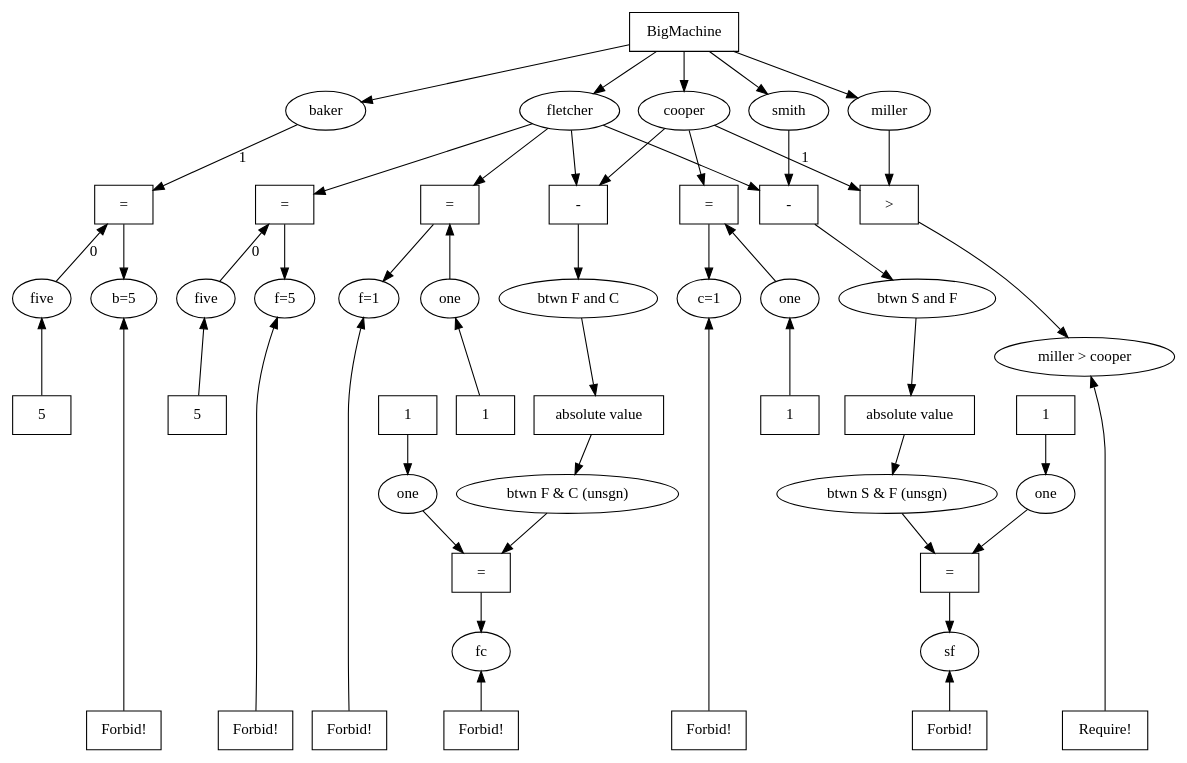
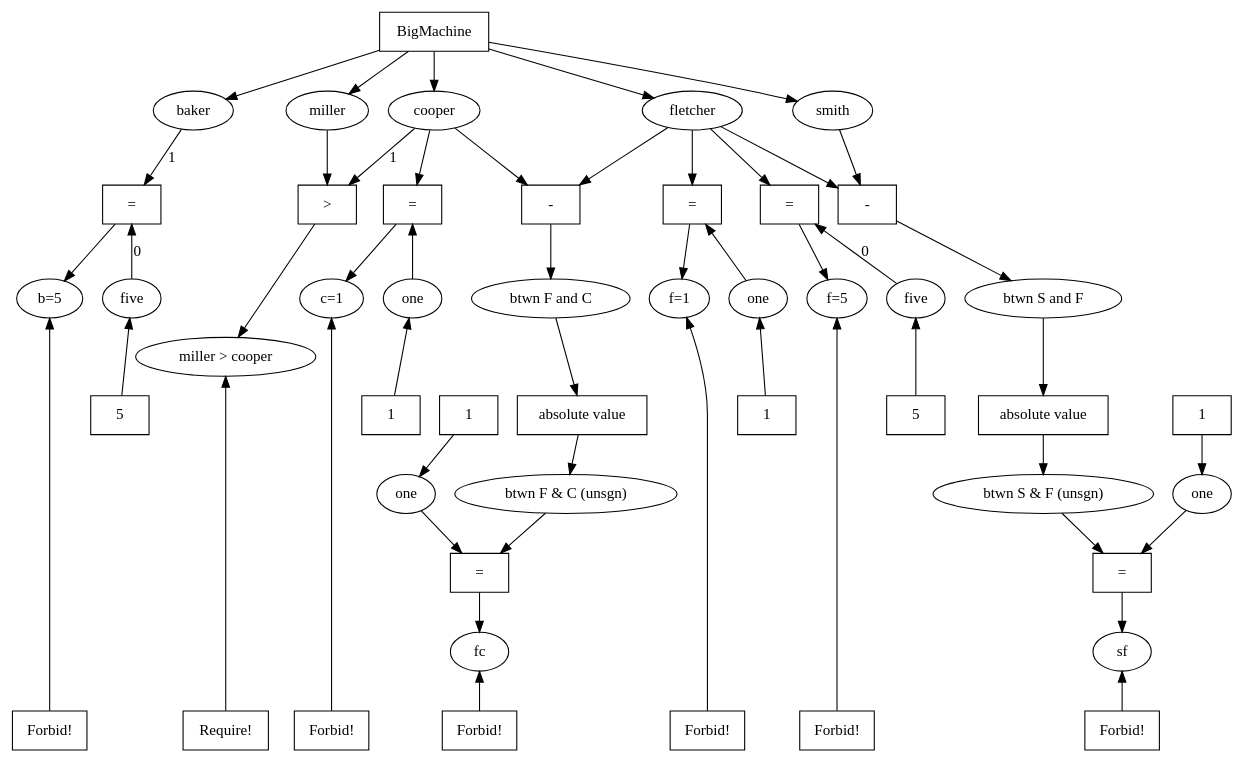
One commit to ProjectMAC/propagators changed the diagram in explorations/graphics/mdonemachine.dot. Above: the diagram before and after it, drawn with Graphviz.

Commit message:
put miller in a different place and got a rather nice graph

```diff
--- a/explorations/graphics/mdonemachine.dot
+++ b/explorations/graphics/mdonemachine.dot
@@ -1,113 +1,117 @@
 digraph G {
   ratio=fill;
   "(variable) 11" [label="baker", shape="ellipse", rank="people" ];
+  "(variable) 19" -> "(propagator) 18" [label="" ];
+  "(variable) 19" [label="miller", shape="ellipse", rank="people" ];
   "(propagator) 12" [label="=", shape="box" ];
-   { rank=same; "(propagator) 12"; "(propagator) 14"; "(propagator) 18"; "(propagator) 34"; "(propagator) 37"; };
+   { rank=same; "(propagator) 12"; "(propagator) 34"; "(propagator) 37"; "(propagator) 14"; "(propagator) 18";  };
    { rank=same; "(variable) 130"; "(variable) 131"; "(variable) 238"; "(variable) 241" }; 
    { rank=same; "(propagator) 240"; "(propagator) 241"; "(propagator) 401"; "(propagator) 402"; "(propagator) 403"; };
 
   "(propagator) 240" [label="5", shape="box" ];
   "(variable) 130" -> "(propagator) 240" [label="", dir=back, ];
   "(variable) 130" [label="five", shape="ellipse" ];
   "(propagator) 241" [label="5", shape="box" ];
   "(variable) 131" -> "(propagator) 241" [label="", dir=back, ];
   "(variable) 131" [label="five", shape="ellipse" ];
 
   "(variable) 130" -> "(propagator) 12" [label=0 ];
   "(variable) 131" -> "(propagator) 14" [label=0 ];
 
   "(propagator) 14" [label="=", shape="box" ];
   "(variable) 15" -> "(propagator) 14" [label="" ];
   "(variable) 15" [label="fletcher", shape="ellipse", rank="people" ];
   "(propagator) 16" [label="-", shape="box" ];
   "(variable) 15" -> "(propagator) 16" [label="" ];
   "(variable) 17" -> "(propagator) 16" [label="" ];
   "(variable) 17" [label="cooper", shape="ellipse", rank="people" ];
   "(propagator) 18" [label=">", shape="box" ];
-  "(variable) 19" -> "(propagator) 18" [label="" ];
-  "(variable) 19" [label="miller", shape="ellipse", rank="people" ];
   "(variable) 21" [label="smith", shape="ellipse", rank="people" ];
    { rank=same; "(variable) 11"; "(variable) 15"; "(variable) 17"; "(variable) 19"; "(variable) 21" }; 
   "(propagator) 22" [label="-", shape="box" ];
   "(variable) 21" -> "(propagator) 22" [label="" ];
   "(variable) 15" -> "(propagator) 22" [label="" ];
   "(propagator) 22" -> "(variable) 23" [label="" ];
   "(variable) 23" [label="btwn S and F", shape="ellipse" ];
   "(propagator) 24" [label="absolute value", shape="box" ];
   "(variable) 23" -> "(propagator) 24" [label="" ];
   "(propagator) 24" -> "(variable) 25" [label="" ];
   "(variable) 25" [label="btwn S & F (unsgn)", shape="ellipse" ];
   "(propagator) 26" [label="=", shape="box" ];
   "(variable) 207" -> "(propagator) 26" [label="" ];
    { rank=same; "(variable) 209"; "(variable) 210"; "(variable) 35"; "(variable) 38" }; 
 
   "(propagator) 400" [label="1", shape="box" ];
   "(propagator) 400" -> "(variable) 207" [label="" ];
   "(variable) 207" [label="one", shape="ellipse" ];
   "(propagator) 401" [label="1", shape="box" ];
   "(propagator) 401" -> "(variable) 208" [label="" ];
   "(variable) 208" [label="one", shape="ellipse" ];
   "(propagator) 402" [label="1", shape="box" ];
    "(variable) 209" -> "(propagator) 402" [label="", dir=back, ];
   "(variable) 209" [label="one", shape="ellipse" ];
   "(propagator) 403" [label="1", shape="box" ];
   "(variable) 210" -> "(propagator) 403"  [label="", dir=back ];
   "(variable) 210" [label="one", shape="ellipse" ];
 
   "(propagator) 28" [label="=", shape="box" ];
   "(variable) 208" -> "(propagator) 28" [label="" ];
   "(variable) 29" -> "(propagator) 28" [label="" ];
   "(variable) 29" [label="btwn F & C (unsgn)", shape="ellipse" ];
   "(propagator) 30" [label="absolute value", shape="box" ];
   "(variable) 31" -> "(propagator) 30" [label="" ];
   "(variable) 31" [label="btwn F and C", shape="ellipse" ];
   "(propagator) 30" -> "(variable) 29" [label="" ];
   "(propagator) 28" -> "(variable) 32" [label="" ];
   "(variable) 32" [label="fc", shape="ellipse" ];
    { rank=max; "(propagator) 33"; "(propagator) 36"; "(propagator) 39"; "(propagator) 42"; "(propagator) 146"; "(propagator) 239"; "(propagator) 242" };
   "(propagator) 33" [label="Forbid!", shape="box", rank="forbid" ];
   "(propagator) 33" -> "(variable) 32" [label="" ];
+  "(variable) 15" -> "(propagator) 34" [label="" ];
+
+subgraph cluster_0 {
+                label = "f_one";	
   "(propagator) 34" [label="=", shape="box" ];
   "(variable) 209" -> "(propagator) 34" [label="" ];
-  "(variable) 15" -> "(propagator) 34" [label="" ];
   "(propagator) 34" -> "(variable) 35" [label="" ];
   "(variable) 35" [label="f=1", shape="ellipse" ];
   "(propagator) 36" [label="Forbid!", shape="box", rank="forbid" ];
   "(propagator) 36" -> "(variable) 35" [label="" ];
   "(propagator) 37" [label="=", shape="box" ];
+	}
   "(variable) 210" -> "(propagator) 37" [label="" ];
   "(variable) 17" -> "(propagator) 37" [label="" ];
   "(propagator) 37" -> "(variable) 38" [label="" ];
   "(variable) 38" [label="c=1", shape="ellipse" ];
   "(propagator) 39" [label="Forbid!", shape="box", rank="forbid" ];
   "(propagator) 39" -> "(variable) 38" [label="" ];
   "(variable) 25" -> "(propagator) 26" [label="" ];
   "(propagator) 26" -> "(variable) 41" [label="" ];
   "(variable) 41" [label="sf", shape="ellipse" ];
   "(propagator) 42" [label="Forbid!", shape="box", rank="forbid" ];
   "(propagator) 42" -> "(variable) 41" [label="" ];
 
   "(propagator) 57" [label="BigMachine", shape="box" ];
   "(propagator) 57" -> "(variable) 21" [label="" ];
   "(propagator) 57" -> "(variable) 19" [label="" ];
   "(propagator) 57" -> "(variable) 17" [label="" ];
   "(propagator) 57" -> "(variable) 15" [label="" ];
   "(propagator) 57" -> "(variable) 11" [label="" ];
 
 
   "(variable) 17" -> "(propagator) 18" [label=1 ];
   "(propagator) 18" -> "(variable) 145" [label="" ];
   "(variable) 145" [label="miller > cooper", shape="ellipse" ];
   "(propagator) 146" [label="Require!", shape="box" ];
   "(propagator) 146" -> "(variable) 145" [label="" ];
   "(propagator) 16" -> "(variable) 31" [label="" ];
   "(propagator) 14" -> "(variable) 238" [label="" ];
   "(variable) 238" [label="f=5", shape="ellipse" ];
   "(propagator) 239" [label="Forbid!", shape="box", rank="forbid" ];
   "(propagator) 239" -> "(variable) 238" [label="" ];
   "(variable) 11" -> "(propagator) 12" [label=1 ];
   "(propagator) 12" -> "(variable) 241" [label="" ];
   "(variable) 241" [label="b=5", shape="ellipse" ];
   "(propagator) 242" [label="Forbid!", shape="box", rank="forbid" ];
   "(propagator) 242" -> "(variable) 241" [label="" ];
 }
```
